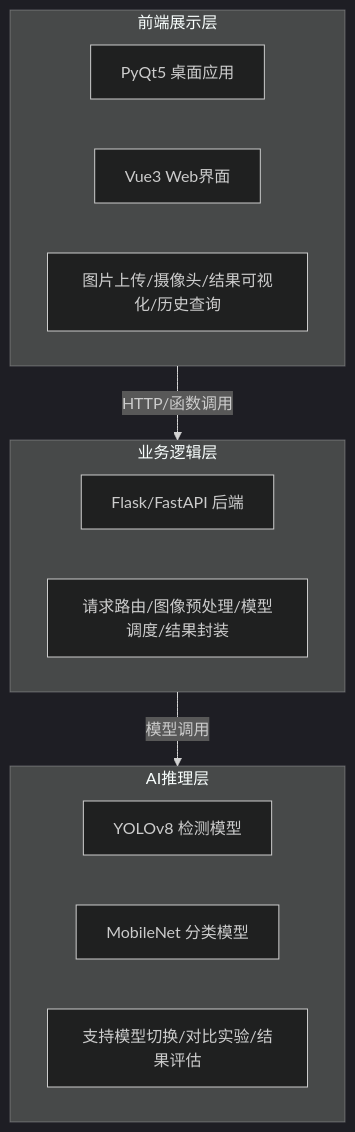
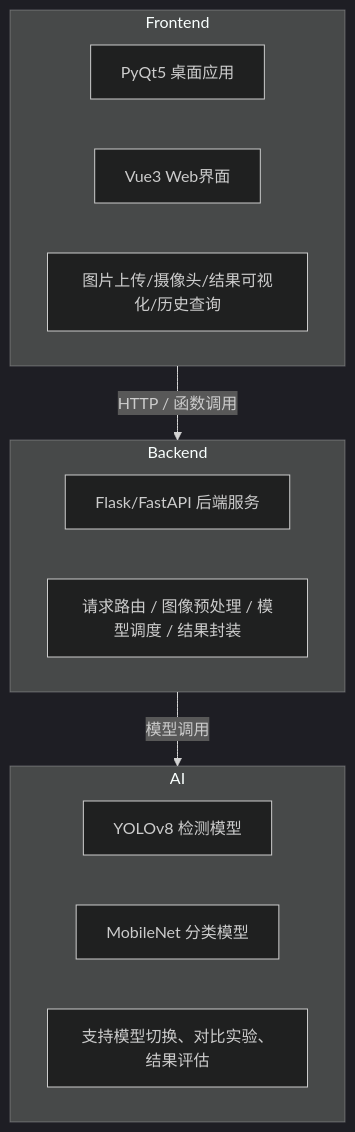
Before and after one commit to 7nicke/jigoutu: the diagram in README.md, drawn with Mermaid (dark theme).

````diff
--- a/README.md
+++ b/README.md
@@ -1,22 +1,26 @@
 ```mermaid
-graph TD
-    subgraph 前端展示层
+flowchart TD
+    Frontend[前端展示层]
+    Backend[业务逻辑层]
+    AI[AI推理层]
+
+    subgraph Frontend
         A1[PyQt5 桌面应用]
         A2[Vue3 Web界面]
         A3[图片上传/摄像头/结果可视化/历史查询]
     end
 
-    subgraph 业务逻辑层
-        B1[Flask/FastAPI 后端]
-        B2[请求路由/图像预处理/模型调度/结果封装]
+    subgraph Backend
+        B1[Flask/FastAPI 后端服务]
+        B2[请求路由 / 图像预处理 / 模型调度 / 结果封装]
     end
 
-    subgraph AI推理层
+    subgraph AI
         C1[YOLOv8 检测模型]
         C2[MobileNet 分类模型]
-        C3[支持模型切换/对比实验/结果评估]
+        C3[支持模型切换、对比实验、结果评估]
     end
 
-    前端展示层 -->|HTTP/函数调用| 业务逻辑层
-    业务逻辑层 -->|模型调用| AI推理层
+    Frontend -- "HTTP / 函数调用" --> Backend
+    Backend -- "模型调用" --> AI
 ```
````
